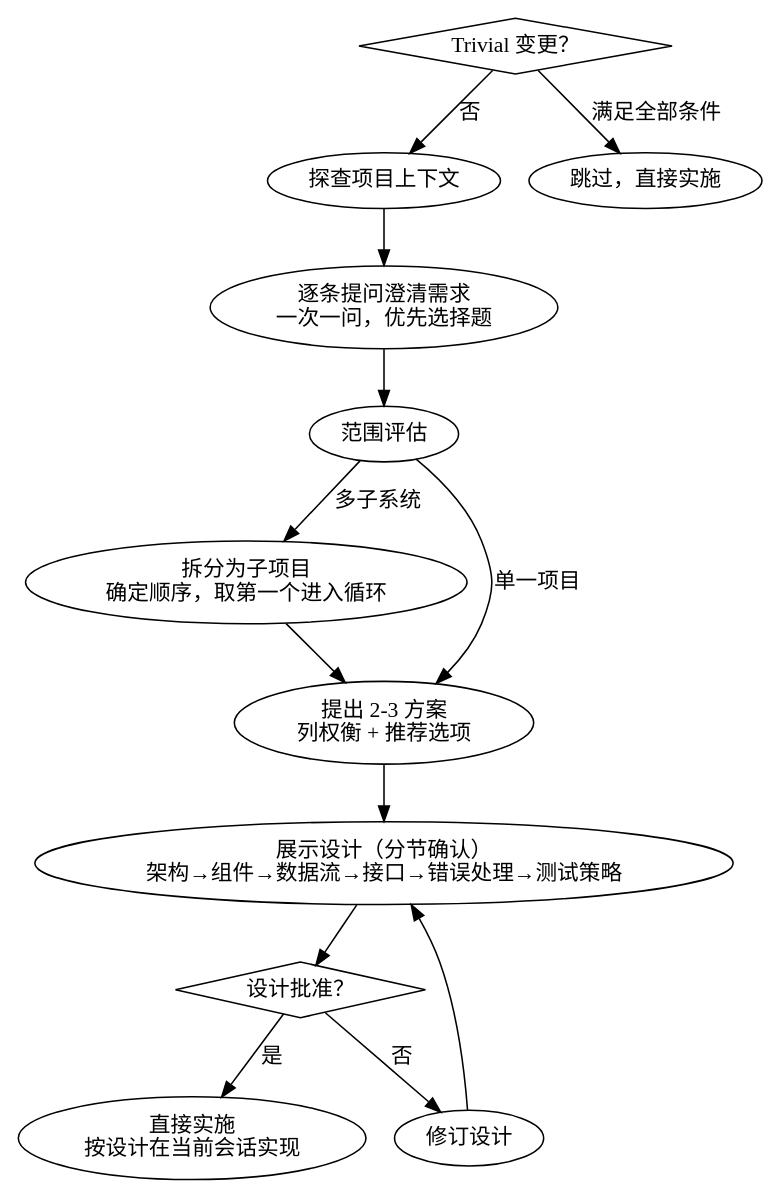
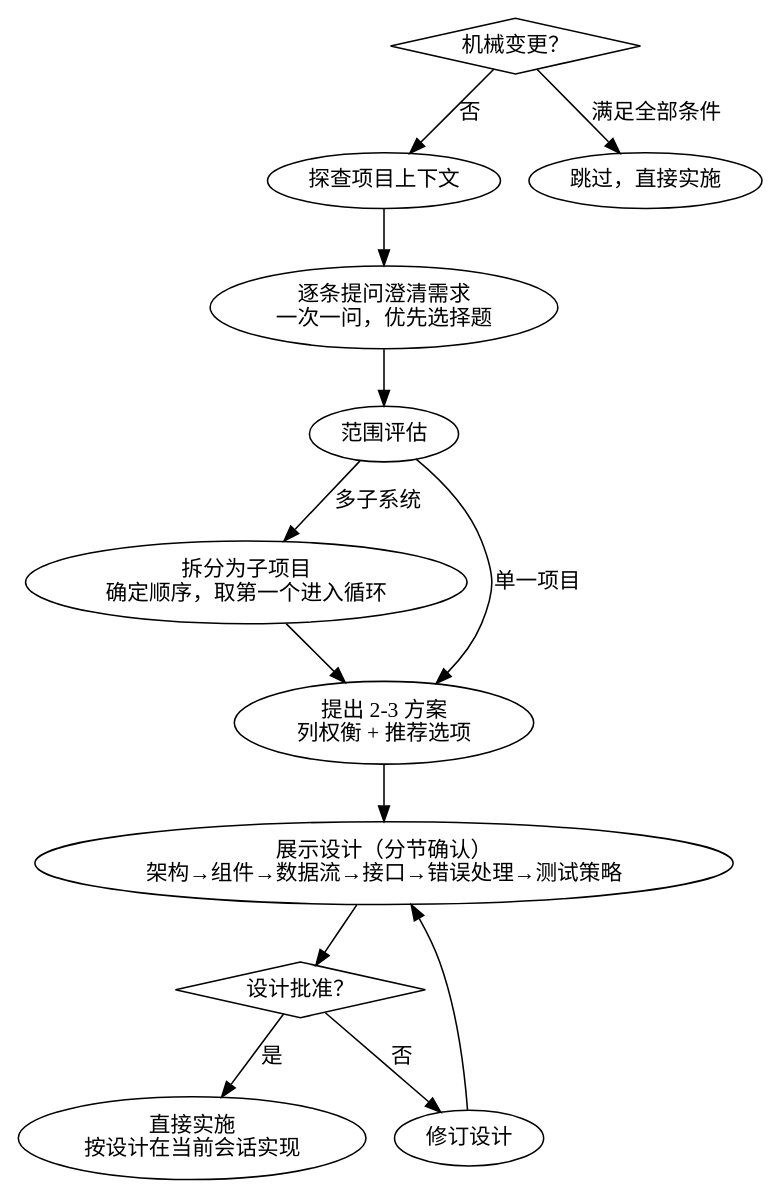
One commit to brightmeows/dotfiles changed the diagram in dot_agents_meow/skills/brainstorming/SKILL.md. Above: the diagram before and after it, drawn with Graphviz. The commit also changed other lines of this file and 2 other files, not shown here.

````diff
--- a/dot_agents_meow/skills/brainstorming/SKILL.md
+++ b/dot_agents_meow/skills/brainstorming/SKILL.md
@@ -35,29 +35,29 @@
 ```dot
 digraph brainstorming {
-    trivial [shape=diamond, label="Trivial 变更？"];
+    trivial [shape=diamond, label="机械变更？"];
     approve [shape=diamond, label="设计批准？"];
 
     ctx     [label="探查项目上下文"];
     qa      [label="逐条提问澄清需求\n一次一问，优先选择题"];
     scope   [label="范围评估"];
     split   [label="拆分为子项目\n确定顺序，取第一个进入循环"];
     approa  [label="提出 2-3 方案\n列权衡 + 推荐选项"];
     design  [label="展示设计（分节确认）\n架构→组件→数据流→接口→错误处理→测试策略"];
     revise  [label="修订设计"];
     skip    [label="跳过，直接实施"];
     impl    [label="直接实施\n按设计在当前会话实现"];
 
     trivial -> skip  [label="满足全部条件"];
     trivial -> ctx   [label="否"];
     ctx -> qa;
     qa -> scope;
     scope -> approa [label="单一项目"];
     scope -> split  [label="多子系统"];
     split -> approa;
     approa -> design;
     design -> approve;
     approve -> revise [label="否"];
     approve -> impl [label="是"];
     revise -> design;
 }
 ```
````
